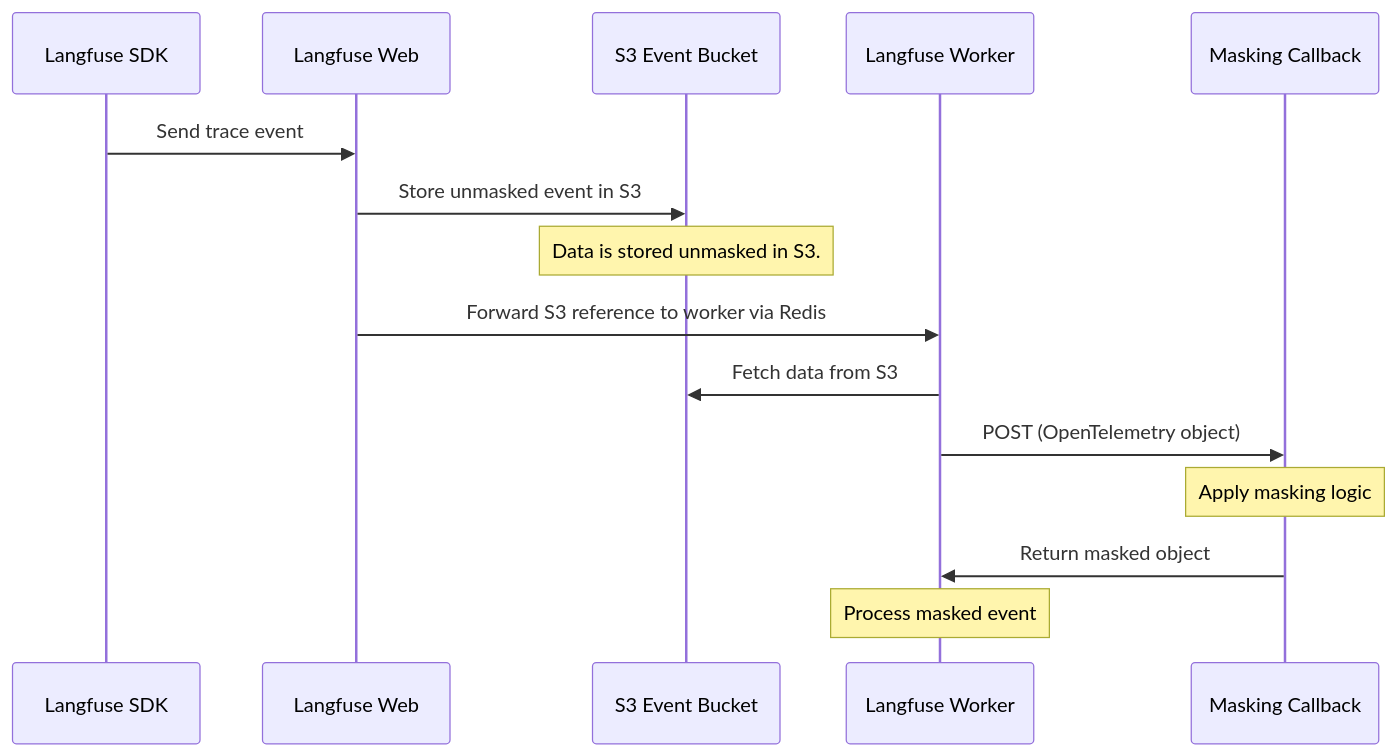
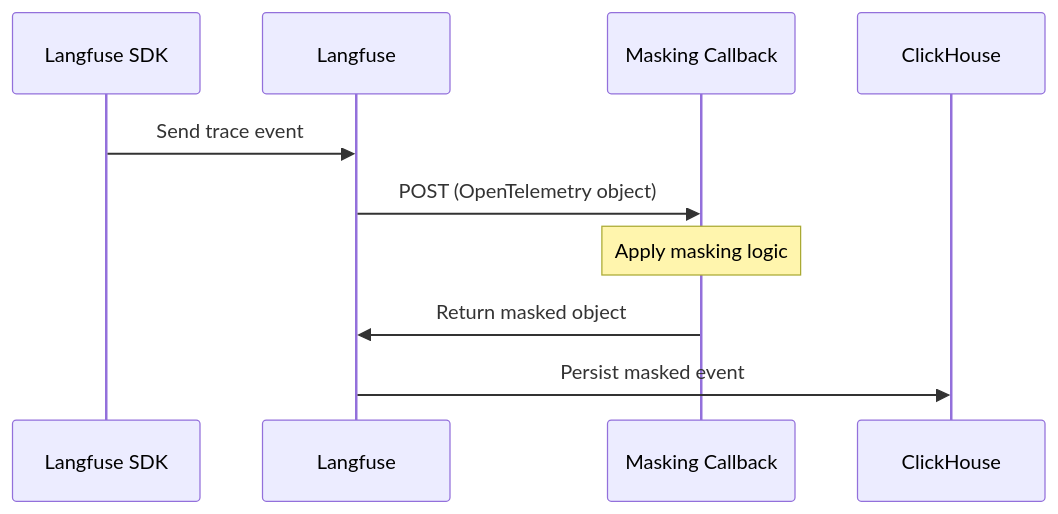
The second of 2 diagrams in content/self-hosting/security/data-masking.mdx (langfuse/langfuse-docs), drawn with Mermaid before and after one commit. The commit also changed other lines of this file and 1 other file, not shown here.

Commit message:
Simplify server-side data masking sequence diagram
Collapse web/worker/S3 into a single Langfuse actor that checks the
masking callback before ClickHouse persistence, and note that scrubbing
still runs asynchronously via blob storage in the interim.

````diff
--- a/content/self-hosting/security/data-masking.mdx
+++ b/content/self-hosting/security/data-masking.mdx
@@ -76,18 +75,13 @@
 ```mermaid
 sequenceDiagram
     participant SDK as Langfuse SDK
-    participant Web as Langfuse Web
-    participant S3 as S3 Event Bucket
-    participant Worker as Langfuse Worker
+    participant LF as Langfuse
     participant Callback as Masking Callback
+    participant CH as ClickHouse
 
-    SDK->>Web: Send trace event
-    Web->>S3: Store unmasked event in S3
-    Note over S3: Data is stored unmasked in S3.
-    Web->>Worker: Forward S3 reference to worker via Redis
-    Worker->>S3: Fetch data from S3
-    Worker->>Callback: POST (OpenTelemetry object)
+    SDK->>LF: Send trace event
+    LF->>Callback: POST (OpenTelemetry object)
     Note over Callback: Apply masking logic
-    Callback->>Worker: Return masked object
-    Note over Worker: Process masked event
+    Callback->>LF: Return masked object
+    LF->>CH: Persist masked event
 ```
````
